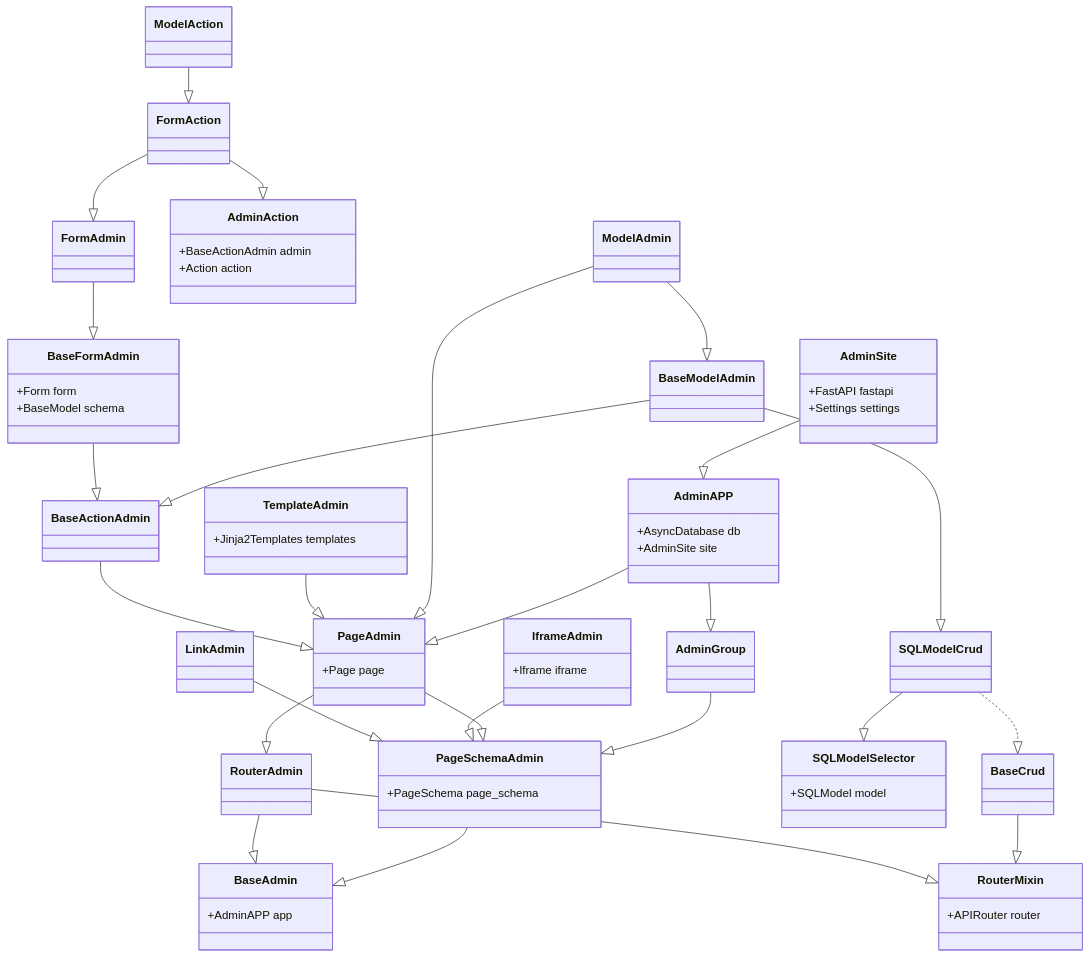
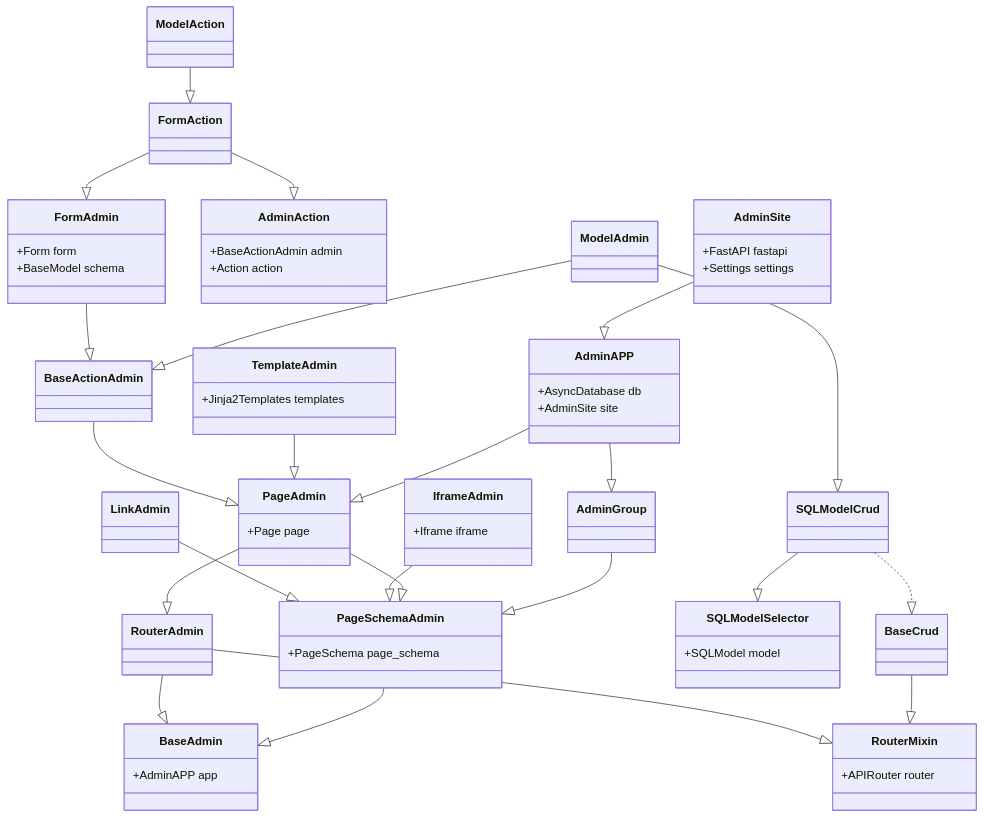
One commit to amisadmin/fastapi-amis-admin changed the first of 2 diagrams in docs/en/docs/amis_admin/BaseAdmin.md. Above: the diagram before and after it, drawn with Mermaid. The commit also changed other lines of this file and 1 other file, not shown here.

Commit message:
docs: Updated Admin class diagram.

````diff
--- a/docs/en/docs/amis_admin/BaseAdmin.md
+++ b/docs/en/docs/amis_admin/BaseAdmin.md
@@ -30,61 +30,57 @@
 ``` mermaid
 classDiagram
 	%% admin
     class RouterMixin
     RouterMixin: +APIRouter router
     RouterAdmin --|> RouterMixin
     class BaseAdmin
     BaseAdmin: +AdminAPP app
     RouterAdmin --|> BaseAdmin
     PageSchemaAdmin --|> BaseAdmin
     PageSchemaAdmin: +PageSchema page_schema
     
     LinkAdmin --|> PageSchemaAdmin
     IframeAdmin --|> PageSchemaAdmin
     IframeAdmin: +Iframe iframe
     
     PageAdmin --|> PageSchemaAdmin
     PageAdmin --|> RouterAdmin
     PageAdmin: +Page page
     
     BaseActionAdmin --|> PageAdmin
-    BaseFormAdmin --|> BaseActionAdmin
-    BaseFormAdmin: +Form form
-    BaseFormAdmin: +BaseModel schema
-    
-    FormAdmin --|> BaseFormAdmin
+    FormAdmin --|> BaseActionAdmin
+    FormAdmin: +Form form
+    FormAdmin: +BaseModel schema
     
     TemplateAdmin --|> PageAdmin
     TemplateAdmin: +Jinja2Templates templates
     
     %% model
     FormAction --|> AdminAction
     FormAction --|> FormAdmin
     ModelAction --|> FormAction
     AdminAction: +BaseActionAdmin admin
     AdminAction: +Action action
     
     class SQLModelSelector
     SQLModelSelector: +SQLModel model
     BaseCrud --|> RouterMixin
     SQLModelCrud ..|> BaseCrud
     SQLModelCrud --|> SQLModelSelector
     
-    BaseModelAdmin --|> BaseActionAdmin
-    BaseModelAdmin --|> SQLModelCrud
-    ModelAdmin --|> BaseModelAdmin
-	ModelAdmin --|> PageAdmin
+    ModelAdmin --|> BaseActionAdmin
+    ModelAdmin --|> SQLModelCrud
 	
 	%% group,app,site
 	AdminGroup --|> PageSchemaAdmin
 	
     AdminAPP --|> AdminGroup
     AdminAPP --|> PageAdmin
     AdminAPP: +AsyncDatabase db
     AdminAPP: +AdminSite site
     
     AdminSite --|> AdminAPP
     AdminSite: +FastAPI fastapi
     AdminSite: +Settings settings
     
 ```
````
